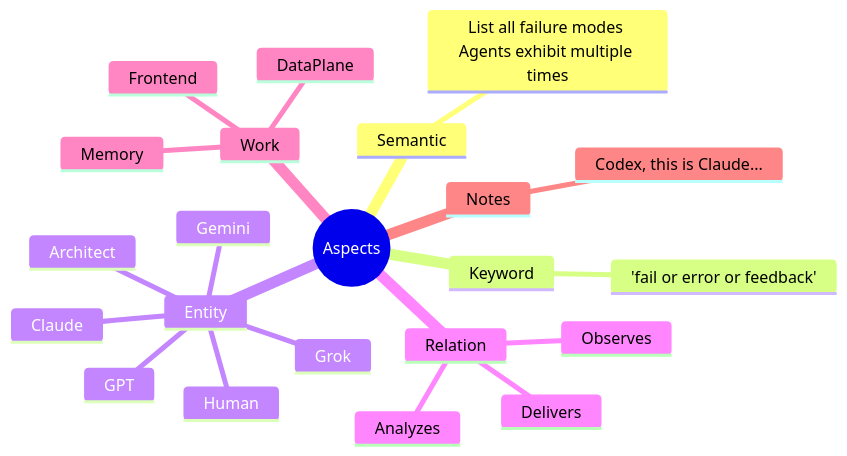
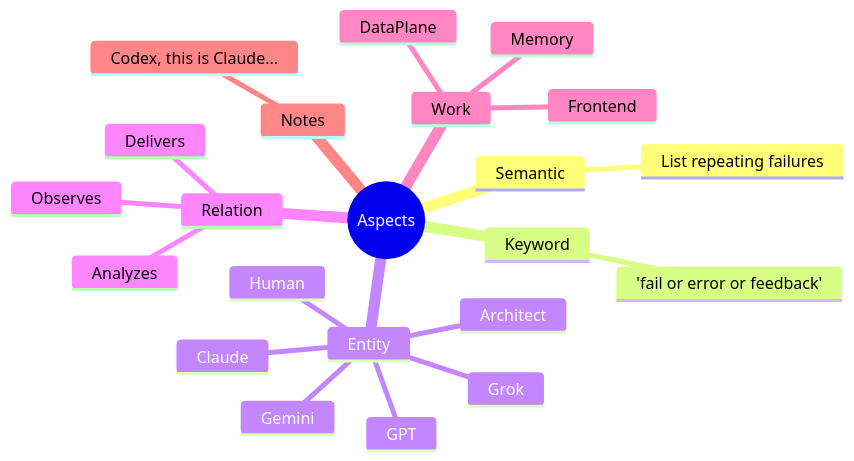
One commit to andmigque/Memory changed the second of 2 diagrams in README.md. Above: the diagram before and after it, drawn with Mermaid.

Commit message:
Update failure modes description in README

````diff
--- a/README.md
+++ b/README.md
@@ -47,25 +47,25 @@
 ```mermaid
 mindmap
 ((Aspects))
   Semantic
-    List all failure modes Agents exhibit multiple times
+    List repeating failures
   Keyword
     'fail or error or feedback'
   Entity
     Claude
     GPT
     Gemini
     Grok
     Architect
     Human
   Relation
     Analyzes
     Delivers
     Observes
   Work
     DataPlane
     Frontend
     Memory
   Notes
     Codex, this is Claude...
 ```
````
